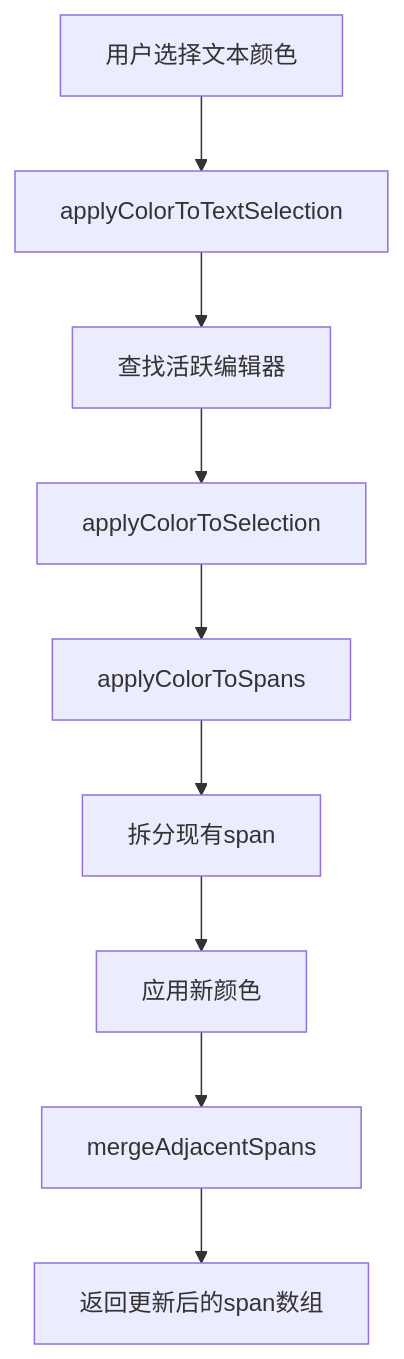
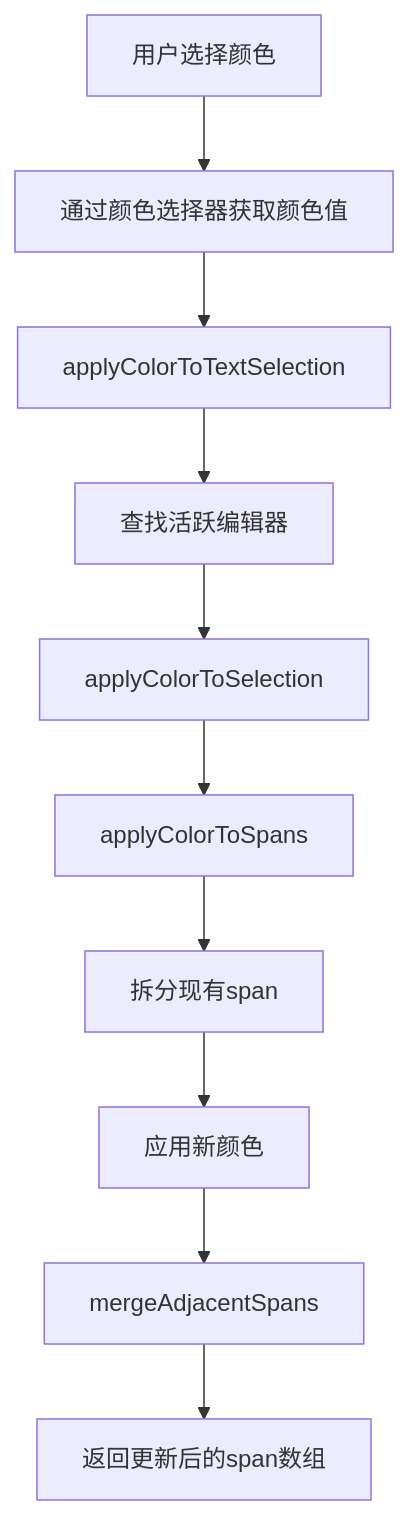
One commit to Az-qianchen/Excalidraw changed diagram 13 of 14 in .qoder/repowiki/zh/content/API 参考/元素 API.md. Above: the diagram before and after it, drawn with Mermaid. The commit also changed other lines of this file and 61 other files, not shown here.

````diff
--- a/.qoder/repowiki/zh/content/API 参考/元素 API.md
+++ b/.qoder/repowiki/zh/content/API 参考/元素 API.md
@@ -476,11 +598,12 @@
 ```mermaid
 flowchart TD
-A["用户选择文本颜色"] --> B["applyColorToTextSelection"]
-B --> C["查找活跃编辑器"]
-C --> D["applyColorToSelection"]
-D --> E["applyColorToSpans"]
-E --> F["拆分现有span"]
-F --> G["应用新颜色"]
-G --> H["mergeAdjacentSpans"]
-H --> I["返回更新后的span数组"]
+A["用户选择颜色"] --> B["通过颜色选择器获取颜色值"]
+B --> C["applyColorToTextSelection"]
+C --> D["查找活跃编辑器"]
+D --> E["applyColorToSelection"]
+E --> F["applyColorToSpans"]
+F --> G["拆分现有span"]
+G --> H["应用新颜色"]
+H --> I["mergeAdjacentSpans"]
+I --> J["返回更新后的span数组"]
 ```
````
